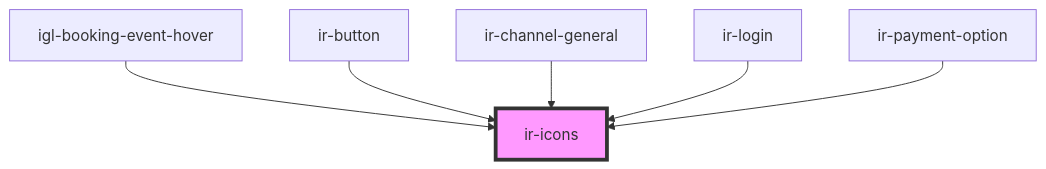
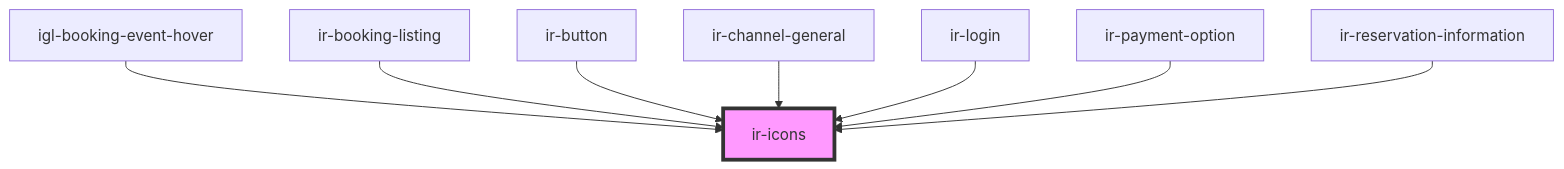
Before and after one commit to RonyRizk/ir-webcmp: the diagram in src/components/ui/ir-icons/readme.md, drawn with Mermaid. The commit also changed other lines of this file and 88 other files, not shown here.

````diff
--- a/src/components/ui/ir-icons/readme.md
+++ b/src/components/ui/ir-icons/readme.md
@@ -27,9 +30,11 @@
 ```mermaid
 graph TD;
   igl-booking-event-hover --> ir-icons
+  ir-booking-listing --> ir-icons
   ir-button --> ir-icons
   ir-channel-general --> ir-icons
   ir-login --> ir-icons
   ir-payment-option --> ir-icons
+  ir-reservation-information --> ir-icons
   style ir-icons fill:#f9f,stroke:#333,stroke-width:4px
 ```
````
